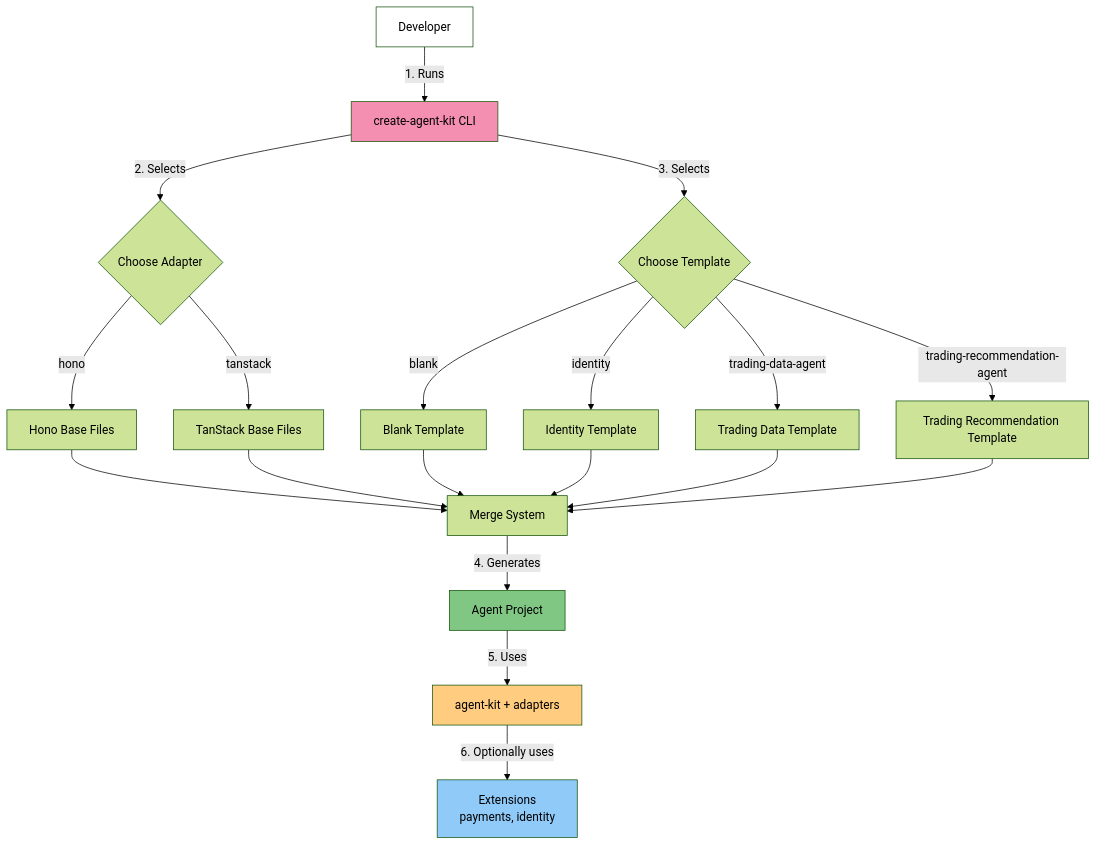
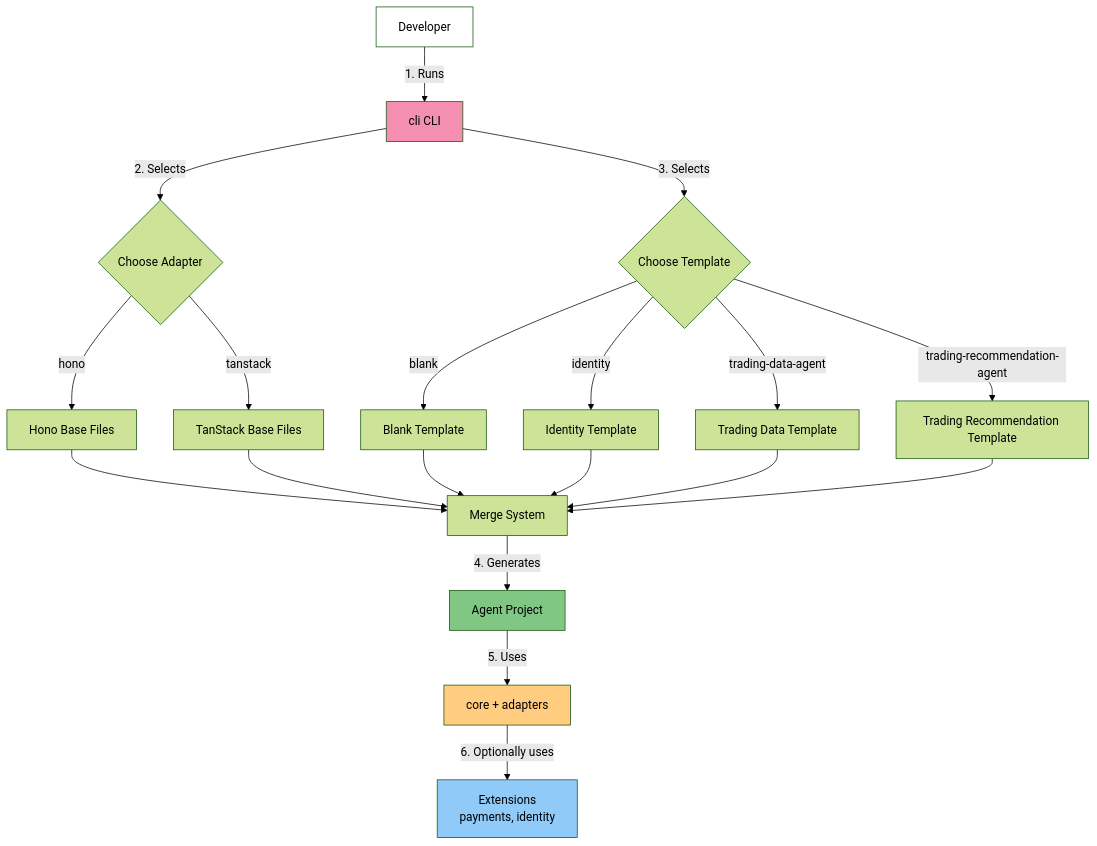
The third of 8 diagrams in docs/ARCHITECTURE.md (daydreamsai/lucid-agents), drawn with Mermaid (forest theme) before and after one commit. The commit also changed other lines of this file and 25 other files, not shown here.

````diff
--- a/docs/ARCHITECTURE.md
+++ b/docs/ARCHITECTURE.md
@@ -375,34 +375,34 @@
 ```mermaid
 graph TB
     dev[Developer]
 
-    dev -->|1. Runs| cli[create-agent-kit CLI]
+    dev -->|1. Runs| cli[cli CLI]
     cli -->|2. Selects| adapter{Choose Adapter}
     cli -->|3. Selects| template{Choose Template}
 
     adapter -->|hono| hono_files[Hono Base Files]
     adapter -->|tanstack| ts_files[TanStack Base Files]
 
     template -->|blank| t_blank[Blank Template]
     template -->|identity| t_identity[Identity Template]
     template -->|trading-data-agent| t_data[Trading Data Template]
     template -->|trading-recommendation-agent| t_reco[Trading Recommendation Template]
 
     hono_files --> merge[Merge System]
     ts_files --> merge
     t_blank --> merge
     t_identity --> merge
     t_data --> merge
     t_reco --> merge
 
     merge -->|4. Generates| project[Agent Project]
 
-    project -->|5. Uses| runtime[agent-kit + adapters]
+    project -->|5. Uses| runtime[core + adapters]
     runtime -->|6. Optionally uses| extensions[Extensions<br/>payments, identity]
 
     style dev fill:#fff
     style cli fill:#f48fb1
     style project fill:#81c784
     style runtime fill:#ffcc80
     style extensions fill:#90caf9
 ```
````
